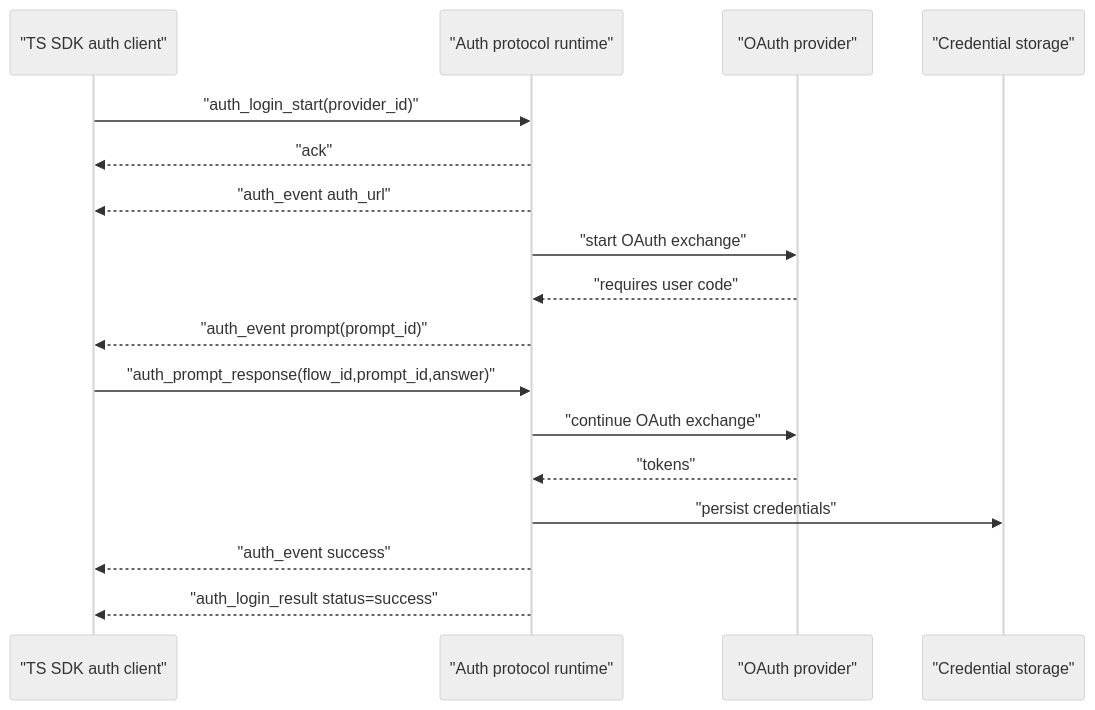
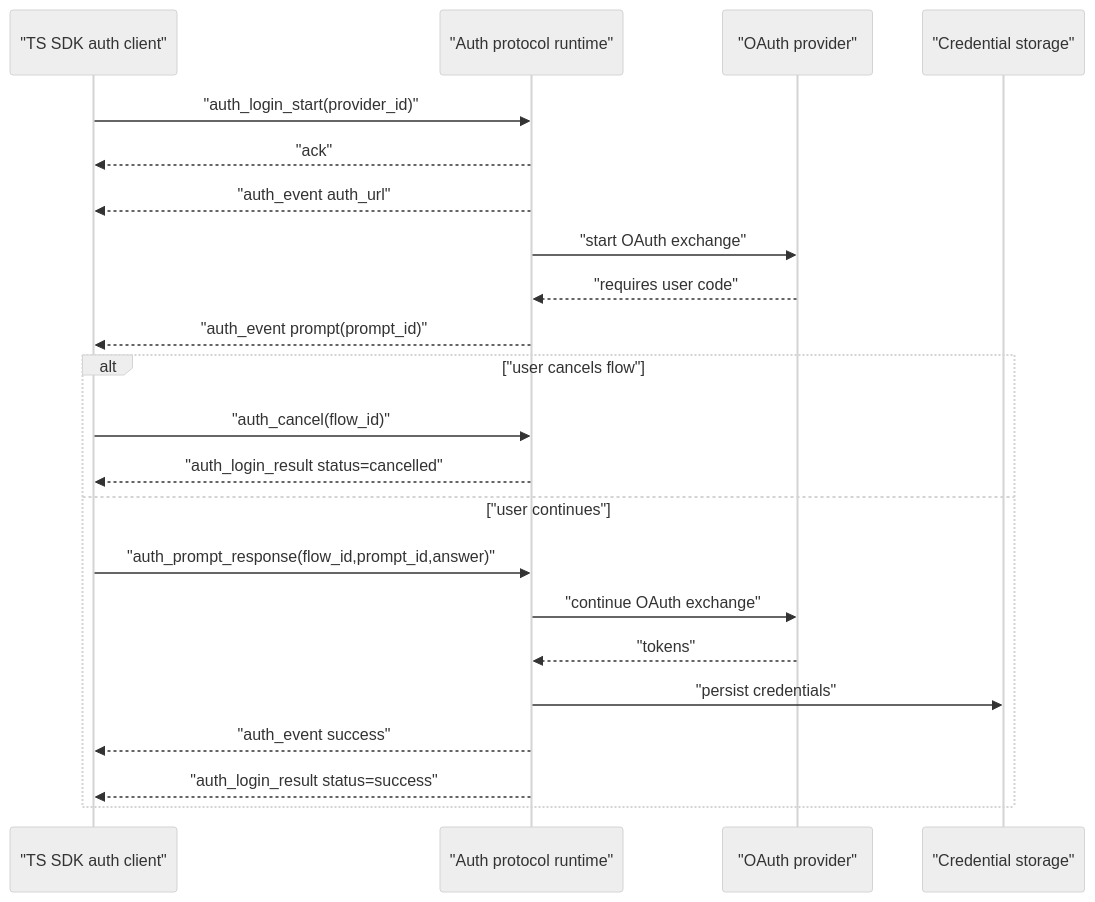
The second of 6 diagrams in DESIGN.md (lsm/makai), drawn with Mermaid (neutral theme) before and after one commit. The commit also changed other lines of this file, not shown here.

Commit message:
docs: refine mermaid flows for auth cancel and agent auth_required paths

````diff
--- a/DESIGN.md
+++ b/DESIGN.md
@@ -294,20 +294,25 @@
 ```mermaid
 sequenceDiagram
   participant C as "TS SDK auth client"
   participant A as "Auth protocol runtime"
   participant O as "OAuth provider"
   participant S as "Credential storage"
 
   C->>A: "auth_login_start(provider_id)"
   A-->>C: "ack"
   A-->>C: "auth_event auth_url"
   A->>O: "start OAuth exchange"
   O-->>A: "requires user code"
   A-->>C: "auth_event prompt(prompt_id)"
-  C->>A: "auth_prompt_response(flow_id,prompt_id,answer)"
-  A->>O: "continue OAuth exchange"
-  O-->>A: "tokens"
-  A->>S: "persist credentials"
-  A-->>C: "auth_event success"
-  A-->>C: "auth_login_result status=success"
+  alt "user cancels flow"
+    C->>A: "auth_cancel(flow_id)"
+    A-->>C: "auth_login_result status=cancelled"
+  else "user continues"
+    C->>A: "auth_prompt_response(flow_id,prompt_id,answer)"
+    A->>O: "continue OAuth exchange"
+    O-->>A: "tokens"
+    A->>S: "persist credentials"
+    A-->>C: "auth_event success"
+    A-->>C: "auth_login_result status=success"
+  end
 ```
````
